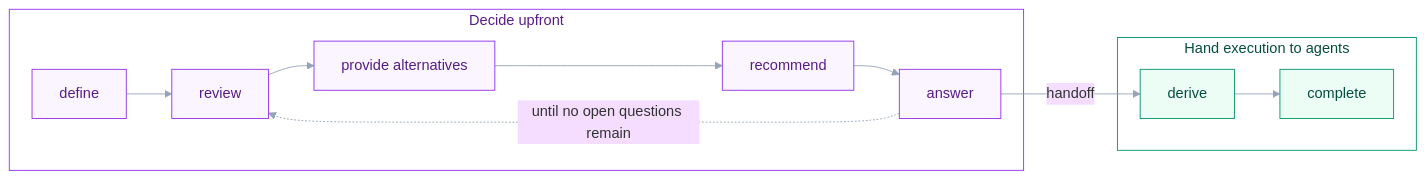
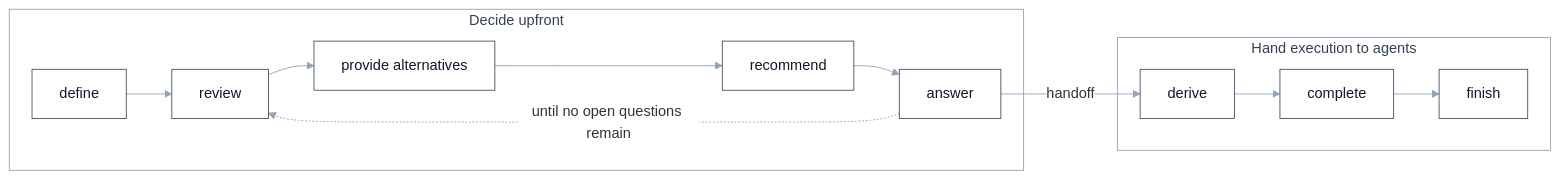
The diagram in README.md (uHappyLogic/gurita), drawn with Mermaid before and after one commit. The commit also changed 1 other file, not shown here.

````diff
--- a/README.md
+++ b/README.md
@@ -35,27 +35,26 @@
 ```mermaid
-%%{init: {'theme':'base','themeVariables':{'fontFamily':'ui-sans-serif, system-ui','lineColor':'#94a3b8','primaryBorderColor':'#475569'},'flowchart':{'wrappingWidth':9999,'curve':'basis'}}}%%
+%%{init: {'theme':'base','themeVariables':{'fontFamily':'ui-sans-serif, system-ui','lineColor':'#94a3b8','primaryBorderColor':'#475569','edgeLabelBackground':'#ffffff'},'flowchart':{'wrappingWidth':9999,'curve':'basis'}}}%%
 flowchart LR
     subgraph upfront["Decide upfront"]
         define["define"]
         review["review"]
         alternatives["provide alternatives"]
         recommend["recommend"]
         answer["answer"]
     end
     subgraph agents["Hand execution to agents"]
         derive["derive"]
         complete["complete"]
+        finish["finish"]
     end
 
     define --> review --> alternatives --> recommend --> answer
     answer -.->|until no open questions remain| review
     answer -->|handoff| derive
-    derive --> complete
+    derive --> complete --> finish
 
-    classDef decide fill:#faf5ff,stroke:#9333ea,color:#581c87;
-    classDef execute fill:#ecfdf5,stroke:#059669,color:#064e3b;
-    class define,review,alternatives,recommend,answer decide;
-    class derive,complete execute;
-    style upfront fill:#ffffff,stroke:#9333ea,color:#581c87;
-    style agents fill:#ffffff,stroke:#059669,color:#064e3b;
+    classDef step fill:#ffffff,stroke:#475569,color:#0f172a;
+    class define,review,alternatives,recommend,answer,derive,complete,finish step;
+    style upfront fill:#ffffff,stroke:#94a3b8,color:#334155;
+    style agents fill:#ffffff,stroke:#94a3b8,color:#334155;
 ```
````
